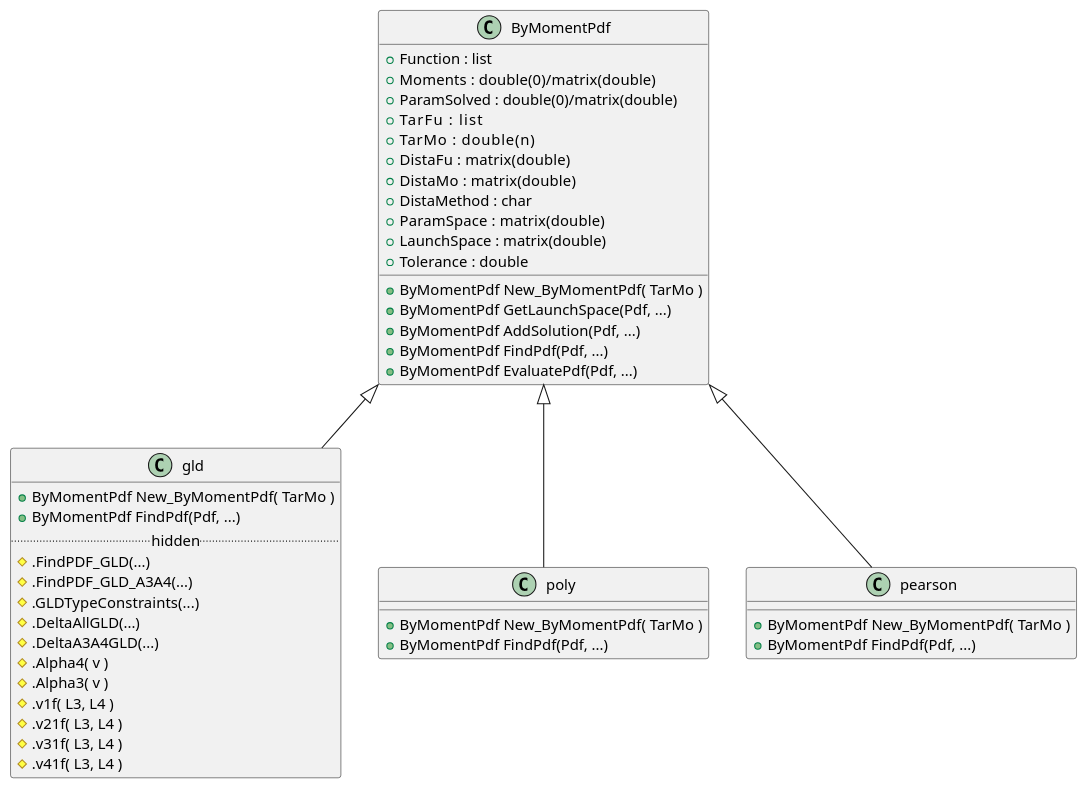
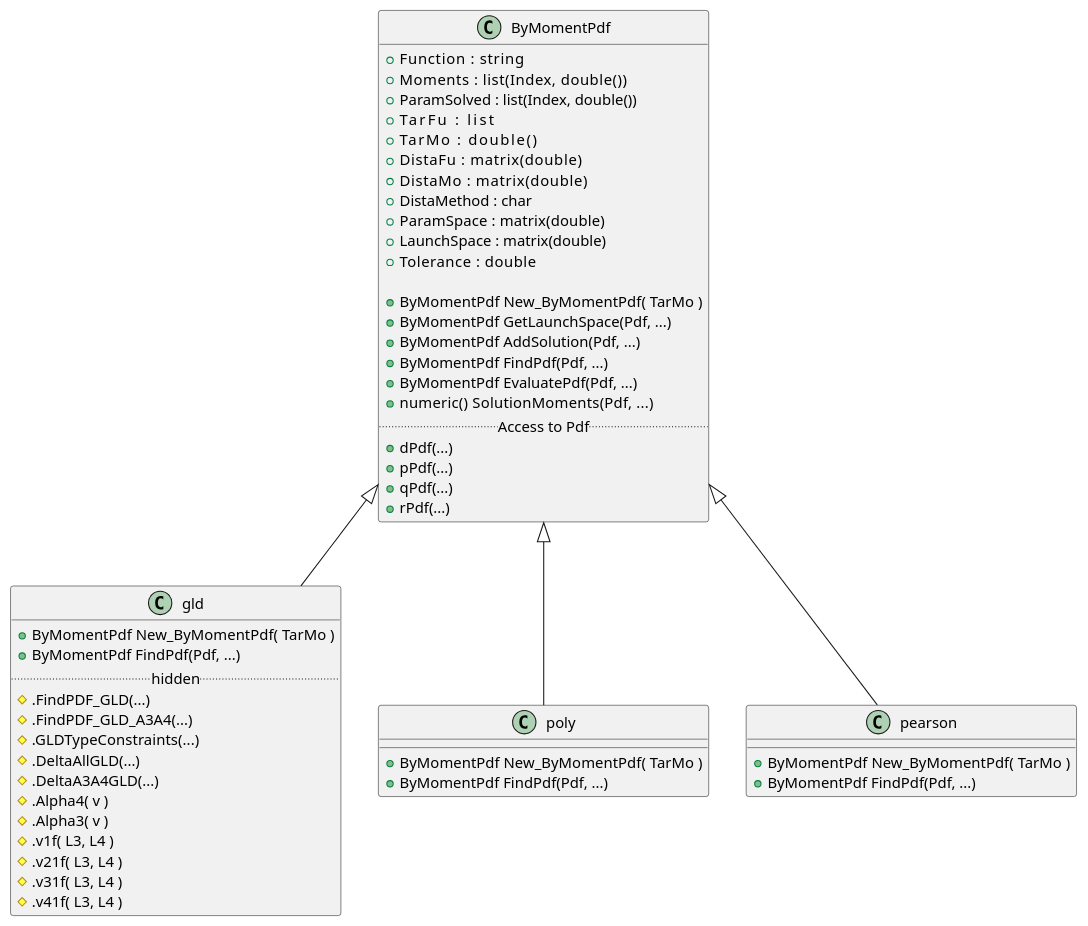
One commit to SigurdJanson/MomentProblem changed the diagram in uml/bymomentpdf.puml. Above: the diagram before and after it, drawn with PlantUML. The commit also changed 2 other files, not shown here.

Commit message:
EvaluatePdf method

```diff
--- a/uml/bymomentpdf.puml
+++ b/uml/bymomentpdf.puml
@@ -1,53 +1,59 @@
 @startuml
 class ByMomentPdf {
-  +{field} Function : list
-  +{field} Moments  : double(0)/matrix(double)
-  +{field} ParamSolved : double(0)/matrix(double)
-  +{field} TarFu    : list
-  +{field} TarMo    : double(n)
-  +{field} DistaFu  : matrix(double)
-  +{field} DistaMo  : matrix(double)
+  +{field} Function    : string
+  +{field} Moments     : list(Index, double())
+  +{field} ParamSolved : list(Index, double())
+  +{field} TarFu       : list
+  +{field} TarMo       : double()
+  +{field} DistaFu     : matrix(double)
+  +{field} DistaMo     : matrix(double)
   +{field} DistaMethod : char
   +{field} ParamSpace  : matrix(double)
   +{field} LaunchSpace : matrix(double)
-  +{field} Tolerance : double
+  +{field} Tolerance   : double
 
   +ByMomentPdf New_ByMomentPdf( TarMo )
   +ByMomentPdf GetLaunchSpace(Pdf, ...)
   +ByMomentPdf AddSolution(Pdf, ...)
   +ByMomentPdf FindPdf(Pdf, ...)
   +ByMomentPdf EvaluatePdf(Pdf, ...)
+  +numeric()   SolutionMoments(Pdf, ...)
+  .. Access to Pdf ..
+  +dPdf(...)
+  +pPdf(...)
+  +qPdf(...)
+  +rPdf(...)
 }
 
 
 class gld {
   +ByMomentPdf New_ByMomentPdf( TarMo )
   +ByMomentPdf FindPdf(Pdf, ...)
   .. hidden ..
   #.FindPDF_GLD(...)
   #.FindPDF_GLD_A3A4(...)
   #.GLDTypeConstraints(...)
   #.DeltaAllGLD(...)
   #.DeltaA3A4GLD(...)
   #.Alpha4( v )
   #.Alpha3( v )
   #.v1f( L3, L4 )
   #.v21f( L3, L4 )
   #.v31f( L3, L4 )
   #.v41f( L3, L4 )
 }
 
 class poly {
   +ByMomentPdf New_ByMomentPdf( TarMo )
   +ByMomentPdf FindPdf(Pdf, ...)
 }
 
 class pearson {
   +ByMomentPdf New_ByMomentPdf( TarMo )
   +ByMomentPdf FindPdf(Pdf, ...)
 }
 
   ByMomentPdf <|-- gld
   ByMomentPdf <|-- pearson
   ByMomentPdf <|-- poly
 @enduml
```
